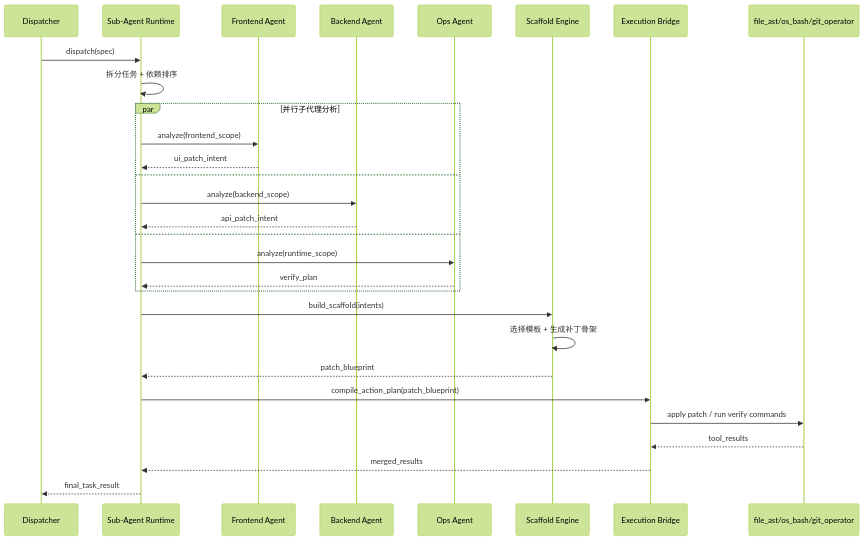
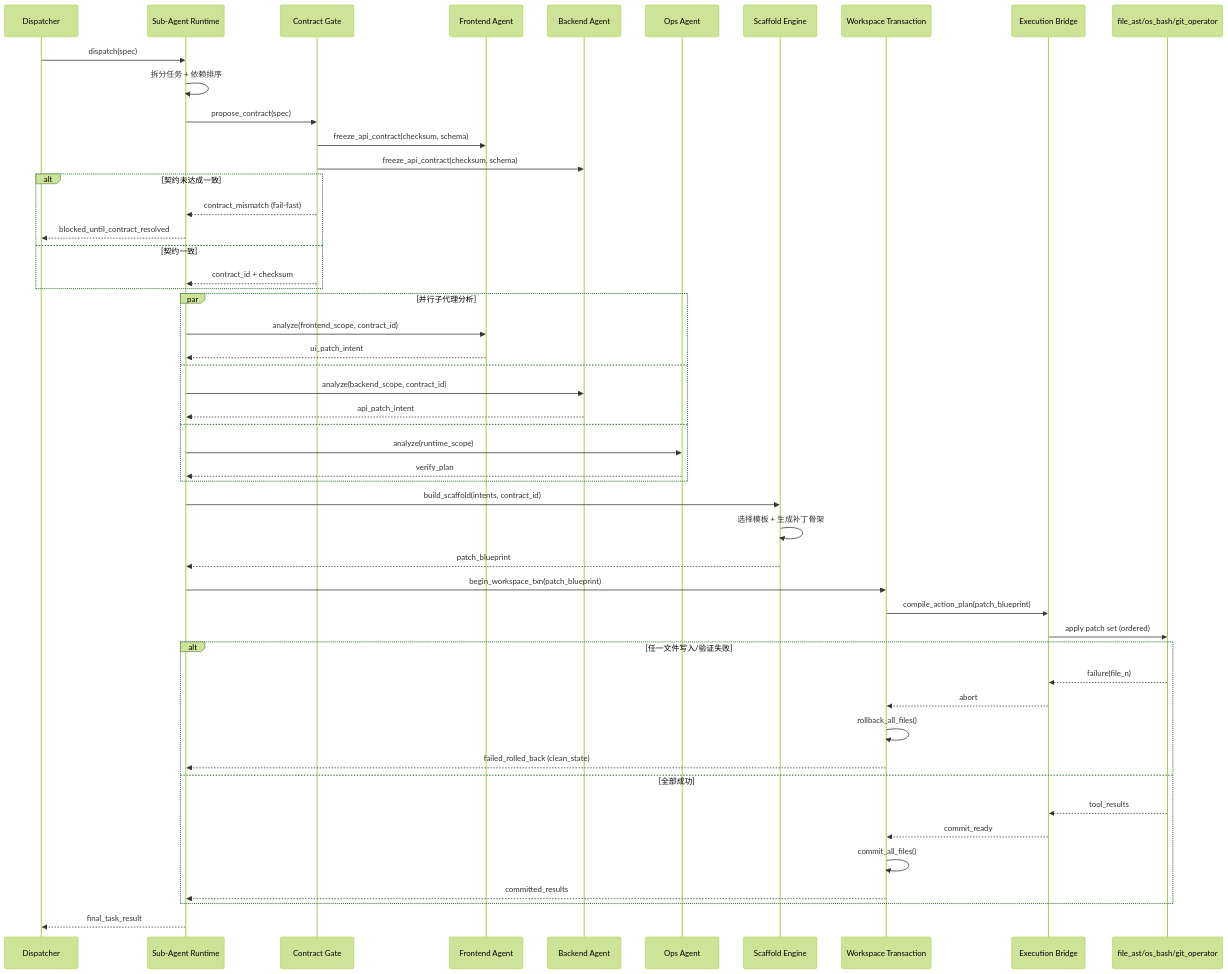
Diagram 15 of 17 in doc/12-limbs-layer-modules.md (Yidhar/Embla_System), drawn with Mermaid (forest theme) before and after one commit. The commit also changed other lines of this file and 13 other files, not shown here.

Commit message:
docs: refresh architecture specs and security blindspot baseline

````diff
--- a/doc/12-limbs-layer-modules.md
+++ b/doc/12-limbs-layer-modules.md
@@ -644,35 +782,57 @@
 ```mermaid
 sequenceDiagram
     participant DISP as Dispatcher
     participant RUNTIME as Sub-Agent Runtime
+    participant CONTRACT as Contract Gate
     participant FE as Frontend Agent
     participant BE as Backend Agent
     participant OPS as Ops Agent
     participant SCF as Scaffold Engine
+    participant TXN as Workspace Transaction
     participant EXEC as Execution Bridge
     participant TOOLS as file_ast/os_bash/git_operator
 
     DISP->>RUNTIME: dispatch(spec)
     RUNTIME->>RUNTIME: 拆分任务 + 依赖排序
 
+    RUNTIME->>CONTRACT: propose_contract(spec)
+    CONTRACT->>FE: freeze_api_contract(checksum, schema)
+    CONTRACT->>BE: freeze_api_contract(checksum, schema)
+    alt 契约未达成一致
+        CONTRACT-->>RUNTIME: contract_mismatch (fail-fast)
+        RUNTIME-->>DISP: blocked_until_contract_resolved
+    else 契约一致
+        CONTRACT-->>RUNTIME: contract_id + checksum
+    end
+
     par 并行子代理分析
-        RUNTIME->>FE: analyze(frontend_scope)
+        RUNTIME->>FE: analyze(frontend_scope, contract_id)
         FE-->>RUNTIME: ui_patch_intent
     and
-        RUNTIME->>BE: analyze(backend_scope)
+        RUNTIME->>BE: analyze(backend_scope, contract_id)
         BE-->>RUNTIME: api_patch_intent
     and
         RUNTIME->>OPS: analyze(runtime_scope)
         OPS-->>RUNTIME: verify_plan
     end
 
-    RUNTIME->>SCF: build_scaffold(intents)
+    RUNTIME->>SCF: build_scaffold(intents, contract_id)
     SCF->>SCF: 选择模板 + 生成补丁骨架
     SCF-->>RUNTIME: patch_blueprint
 
-    RUNTIME->>EXEC: compile_action_plan(patch_blueprint)
-    EXEC->>TOOLS: apply patch / run verify commands
-    TOOLS-->>EXEC: tool_results
-    EXEC-->>RUNTIME: merged_results
+    RUNTIME->>TXN: begin_workspace_txn(patch_blueprint)
+    TXN->>EXEC: compile_action_plan(patch_blueprint)
+    EXEC->>TOOLS: apply patch set (ordered)
+    alt 任一文件写入/验证失败
+        TOOLS-->>EXEC: failure(file_n)
+        EXEC-->>TXN: abort
+        TXN->>TXN: rollback_all_files()
+        TXN-->>RUNTIME: failed_rolled_back (clean_state)
+    else 全部成功
+        TOOLS-->>EXEC: tool_results
+        EXEC-->>TXN: commit_ready
+        TXN->>TXN: commit_all_files()
+        TXN-->>RUNTIME: committed_results
+    end
     RUNTIME-->>DISP: final_task_result
 ```
````
